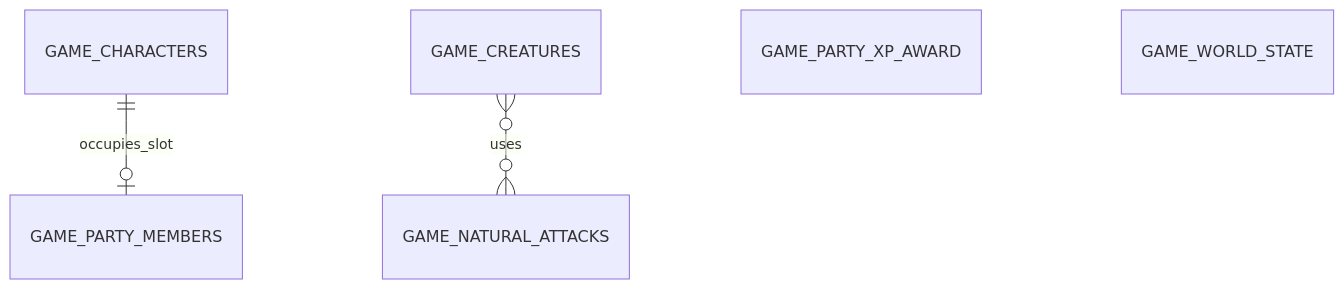
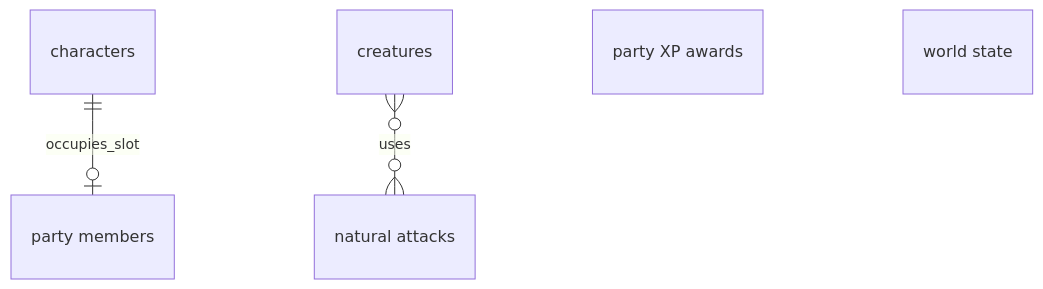
The third of 7 diagrams in collections/project-foundation/skills/diagrams-and-tables/references/er/examples.md (jonasferagen/agent-skills), drawn with Mermaid before and after one commit. The commit also changed other lines of this file and 8 other files, not shown here.

````diff
--- a/collections/project-foundation/skills/diagrams-and-tables/references/er/examples.md
+++ b/collections/project-foundation/skills/diagrams-and-tables/references/er/examples.md
@@ -79,7 +83,11 @@
 ```mermaid
 erDiagram
+  GAME_CHARACTERS["characters"]
+  GAME_PARTY_MEMBERS["party members"]
+  GAME_CREATURES["creatures"]
+  GAME_NATURAL_ATTACKS["natural attacks"]
+  GAME_PARTY_XP_AWARD["party XP awards"]
+  GAME_WORLD_STATE["world state"]
   GAME_CHARACTERS ||--o| GAME_PARTY_MEMBERS : occupies_slot
   GAME_CREATURES }o--o{ GAME_NATURAL_ATTACKS : uses
-  GAME_PARTY_XP_AWARD
-  GAME_WORLD_STATE
 ```
````
